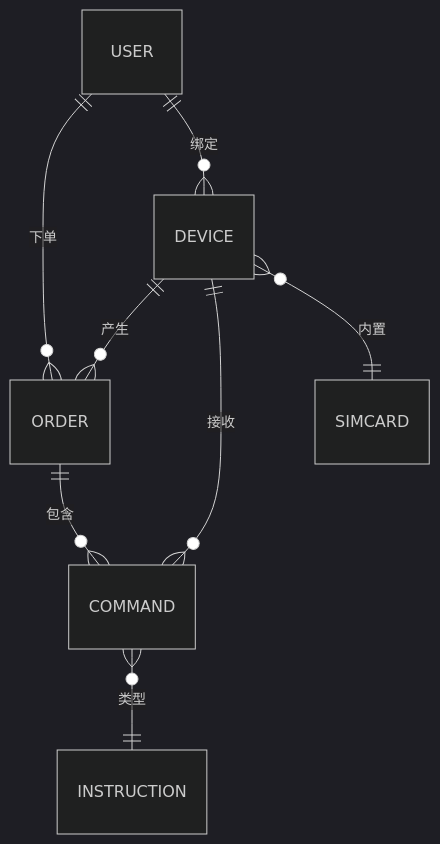
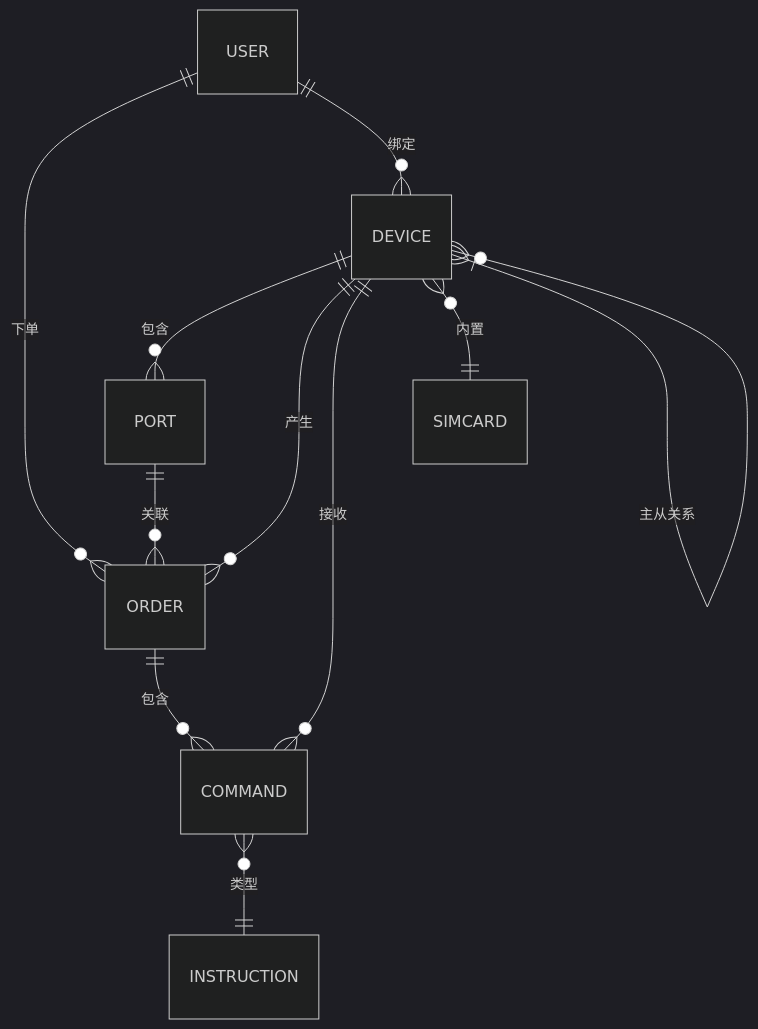
Before and after one commit to taoyao-code/iot-zinx: the sixth of 17 diagrams in docs/iot_master_slave_architecture_all.md, drawn with Mermaid (dark theme). The commit also changed other lines of this file and 7 other files, not shown here.

````diff
--- a/docs/iot_master_slave_architecture_all.md
+++ b/docs/iot_master_slave_architecture_all.md
@@ -63,11 +158,14 @@
 ```mermaid
 erDiagram
     USER ||--o{ ORDER : 下单
     USER ||--o{ DEVICE : 绑定
+    DEVICE ||--o{ PORT : 包含
     DEVICE ||--o{ ORDER : 产生
     DEVICE ||--o{ COMMAND : 接收
     DEVICE }o--|| SIMCARD : 内置
+    DEVICE }|--o{ DEVICE : 主从关系
     ORDER ||--o{ COMMAND : 包含
     COMMAND }o--|| INSTRUCTION : 类型
-    %% 说明：用户可绑定多个设备和订单，设备可接收多个指令，主机内置SIM卡
+    PORT ||--o{ ORDER : 关联
+    %% 说明：用户可绑定多个设备和订单，设备可接收多个指令，主机内置SIM卡，主机和分机形成主从关系
 ```
````
